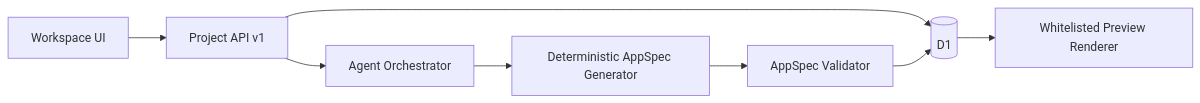
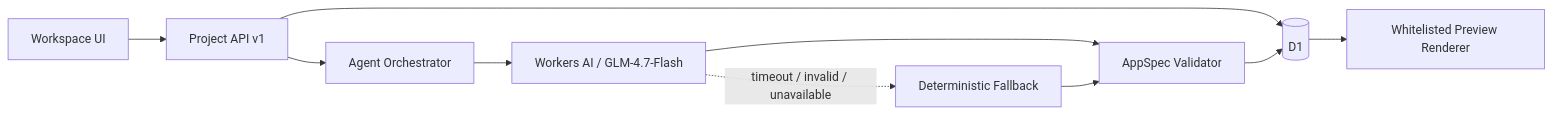
The first of 2 diagrams in .feature-delivery/active/atoms-demo/design/technical-design.md (bufferstreamer/atoms-demo), drawn with Mermaid before and after one commit. The commit also changed other lines of this file and 13 other files, not shown here.

````diff
--- a/.feature-delivery/active/atoms-demo/design/technical-design.md
+++ b/.feature-delivery/active/atoms-demo/design/technical-design.md
@@ -15,10 +15,12 @@
 ```mermaid
 flowchart LR
   UI["Workspace UI"] --> API["Project API v1"]
   API --> ORCH["Agent Orchestrator"]
-  ORCH --> GEN["Deterministic AppSpec Generator"]
+  ORCH --> AI["Workers AI / GLM-4.7-Flash"]
+  AI --> VALIDATE["AppSpec Validator"]
+  AI -. "timeout / invalid / unavailable" .-> GEN["Deterministic Fallback"]
   API --> DB[("D1")]
-  GEN --> VALIDATE["AppSpec Validator"]
+  GEN --> VALIDATE
   VALIDATE --> DB
   DB --> PREVIEW["Whitelisted Preview Renderer"]
 ```
````
